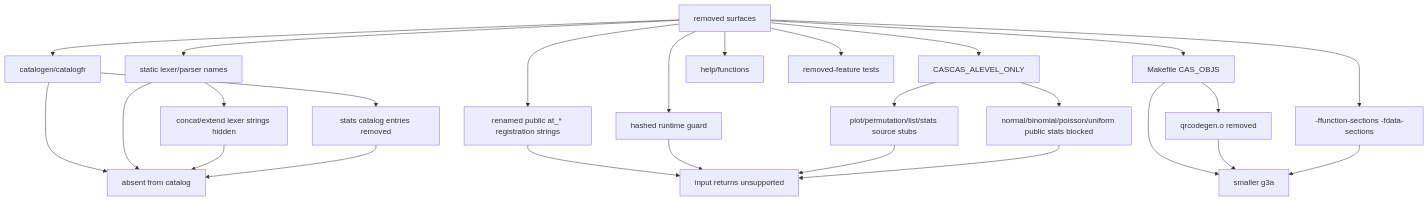
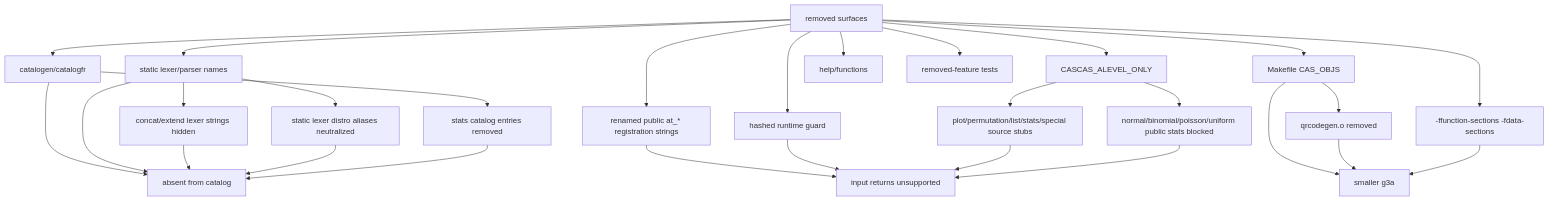
Before and after one commit to james8464/notes-addin-casio-fx-cg50: the fourth of 7 diagrams in docs/GRAPH.md, drawn with Mermaid. The commit also changed other lines of this file and 20 other files, not shown here.

````diff
--- a/docs/GRAPH.md
+++ b/docs/GRAPH.md
@@ -61,29 +61,31 @@
 ```mermaid
 graph TD
   Remove["removed surfaces"] --> Cat["catalogen/catalogfr"]
   Remove --> Lex["static lexer/parser names"]
   Remove --> Eval["renamed public at_* registration strings"]
   Remove --> Hash["hashed runtime guard"]
   Remove --> Obj["Makefile CAS_OBJS"]
   Remove --> Macro["CASCAS_ALEVEL_ONLY"]
   Remove --> Sec["-ffunction-sections -fdata-sections"]
   Obj --> QR["qrcodegen.o removed"]
-  Macro --> Stubs["plot/permutation/list/stats source stubs"]
+  Macro --> Stubs["plot/permutation/list/stats/special source stubs"]
+  Lex --> Static["static lexer distro aliases neutralized"]
   Lex --> Hide["concat/extend lexer strings hidden"]
   Macro --> Dist["normal/binomial/poisson/uniform public stats blocked"]
   Cat --> StatsCat["stats catalog entries removed"]
   Remove --> Help["help/functions"]
   Remove --> Tests["removed-feature tests"]
 
   Cat --> Gate["absent from catalog"]
   Lex --> Gate
   Eval --> Gate2["input returns unsupported"]
   Hash --> Gate2
   Stubs --> Gate2
   Dist --> Gate2
   Hide --> Gate
+  Static --> Gate
   StatsCat --> Gate
   Obj --> Size["smaller g3a"]
   QR --> Size
   Sec --> Size
 ```
````
